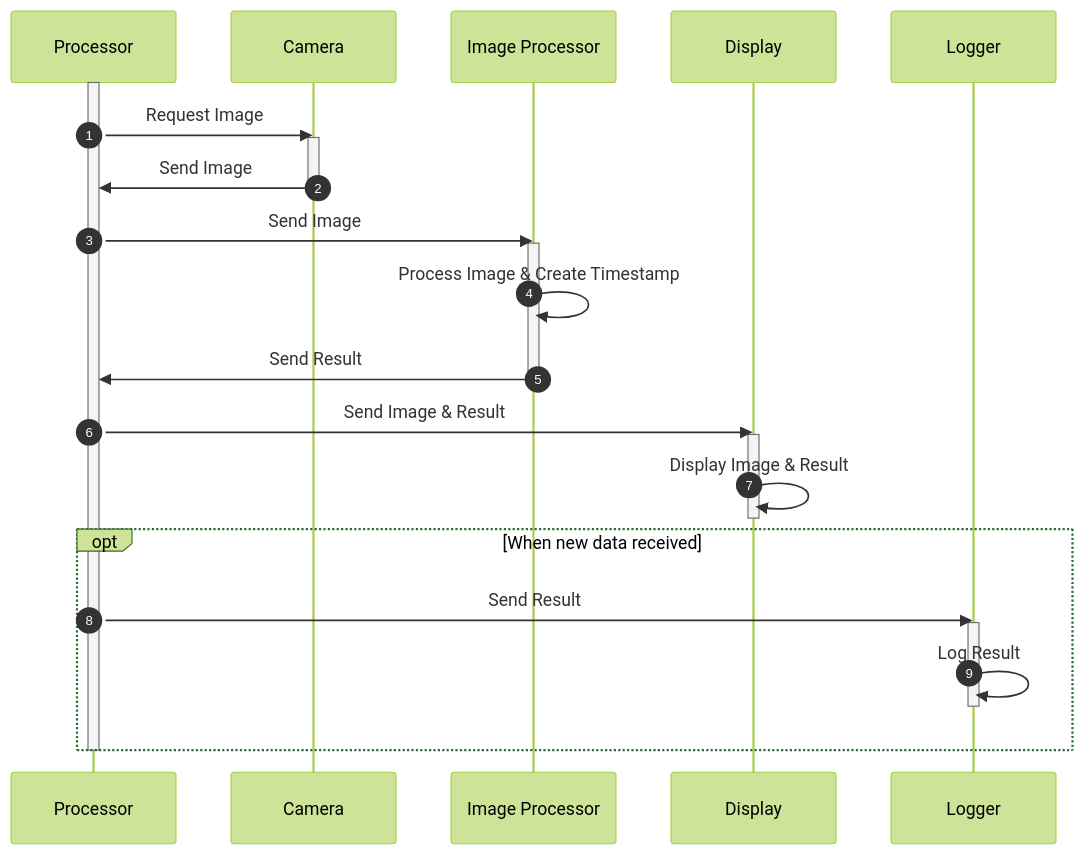
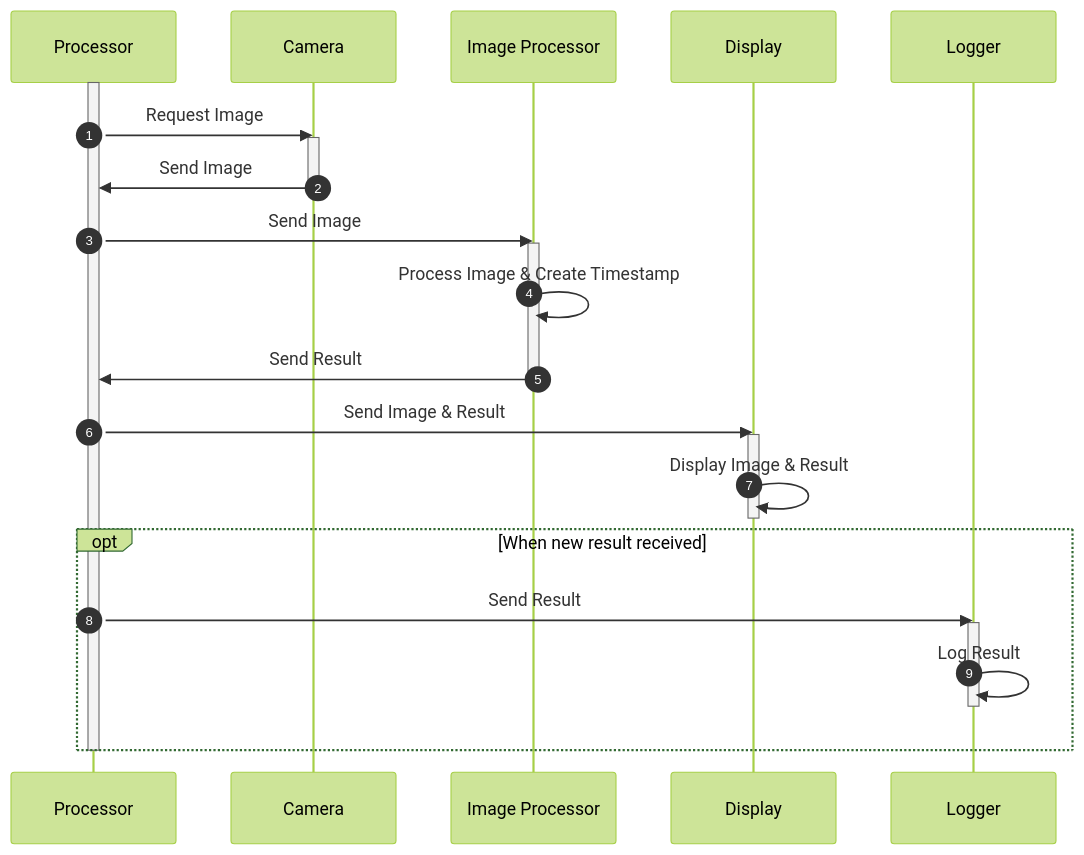
One commit to lightfreak8/fhgr-sweng changed the third of 3 diagrams in doc/ProjectMap.md. Above: the diagram before and after it, drawn with Mermaid (forest theme).

Commit message:
logical error

````diff
--- a/doc/ProjectMap.md
+++ b/doc/ProjectMap.md
@@ -69,31 +69,31 @@
 ```mermaid
 sequenceDiagram
 autonumber
 
 activate Processor
 
 Processor ->> Camera: Request Image
 activate Camera
 Camera ->> Processor: Send Image
 deactivate Camera
 
 Processor ->> Image Processor: Send Image
 activate Image Processor
 Image Processor ->> Image Processor: Process Image & Create Timestamp
 Image Processor ->> Processor: Send Result
 deactivate Image Processor
 
 Processor ->> Display: Send Image & Result
 activate Display
 Display ->> Display: Display Image & Result
 deactivate Display
 
-opt When new data received
+opt When new result received
   Processor ->> Logger: Send Result
   activate Logger
   Logger ->> Logger: Log Result
   deactivate Logger
 end
 
 deactivate Processor
 ```
````
